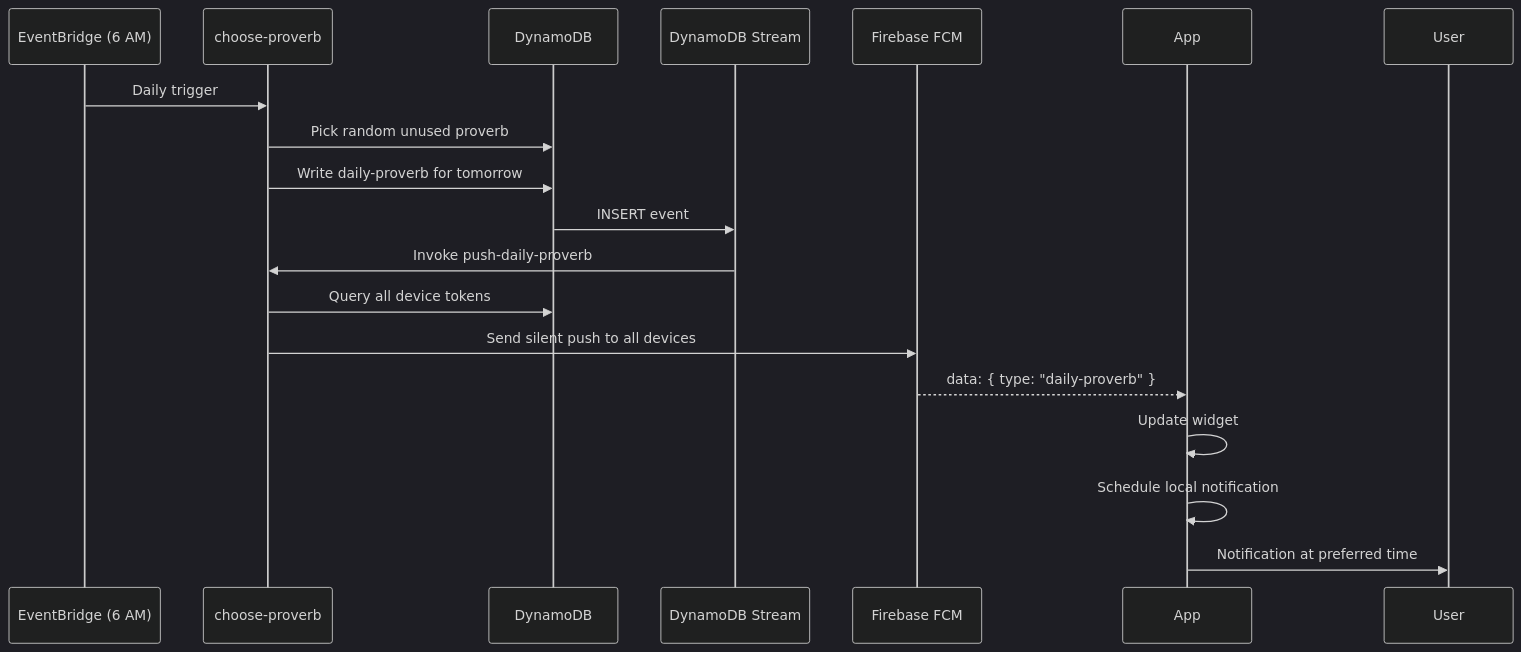
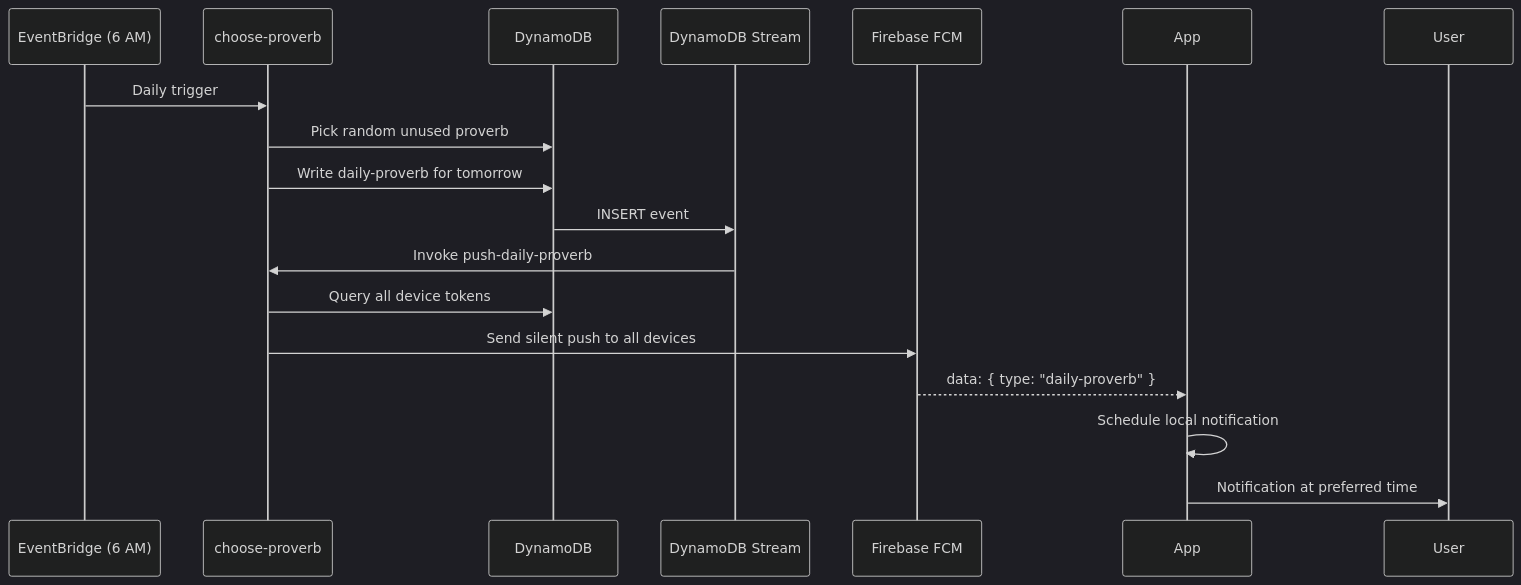
The fifth of 6 diagrams in README.md (joshp93/LemuelApp), drawn with Mermaid (dark theme) before and after one commit. The commit also changed other lines of this file and 17 other files, not shown here.

````diff
--- a/README.md
+++ b/README.md
@@ -70,21 +107,20 @@
 ```mermaid
 sequenceDiagram
     participant Cron as EventBridge (6 AM)
     participant Lambda as choose-proverb
     participant DB as DynamoDB
     participant Stream as DynamoDB Stream
     participant FCM as Firebase FCM
     participant App
 
     Cron->>Lambda: Daily trigger
     Lambda->>DB: Pick random unused proverb
     Lambda->>DB: Write daily-proverb for tomorrow
     DB->>Stream: INSERT event
     Stream->>Lambda: Invoke push-daily-proverb
     Lambda->>DB: Query all device tokens
     Lambda->>FCM: Send silent push to all devices
     FCM-->>App: data: { type: "daily-proverb" }
-    App->>App: Update widget
     App->>App: Schedule local notification
     App->>User: Notification at preferred time
 ```
````
